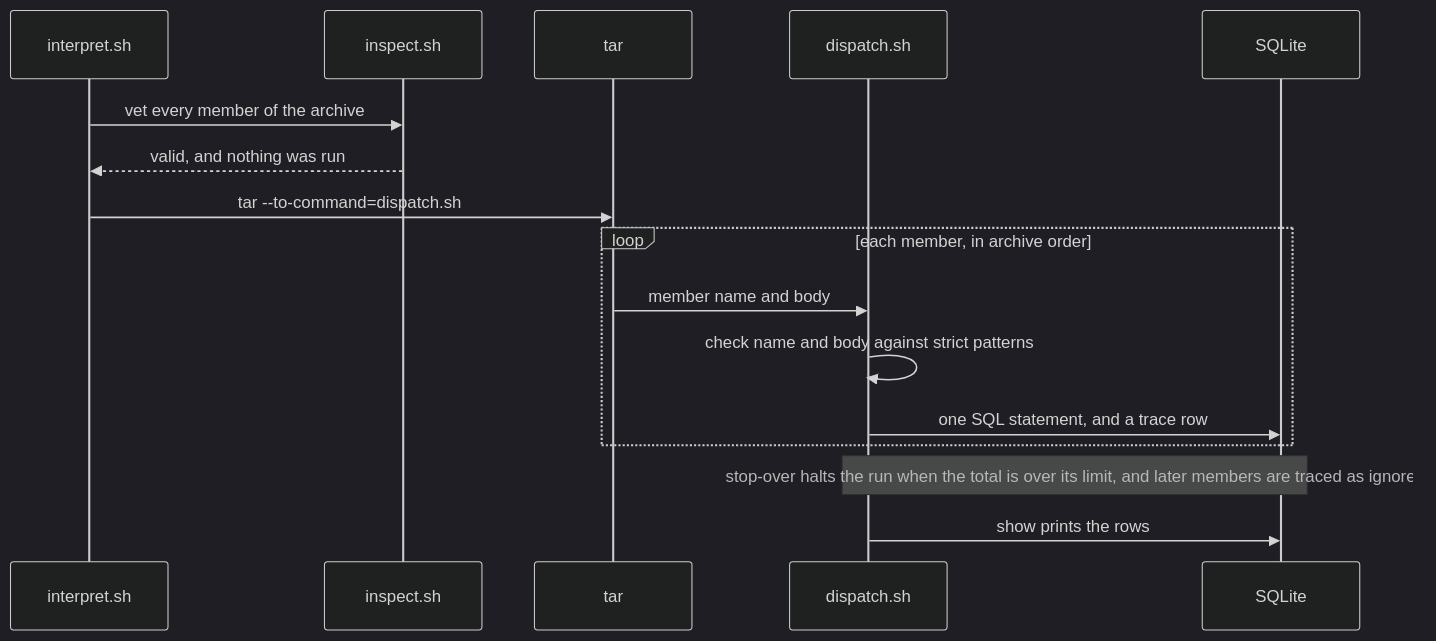
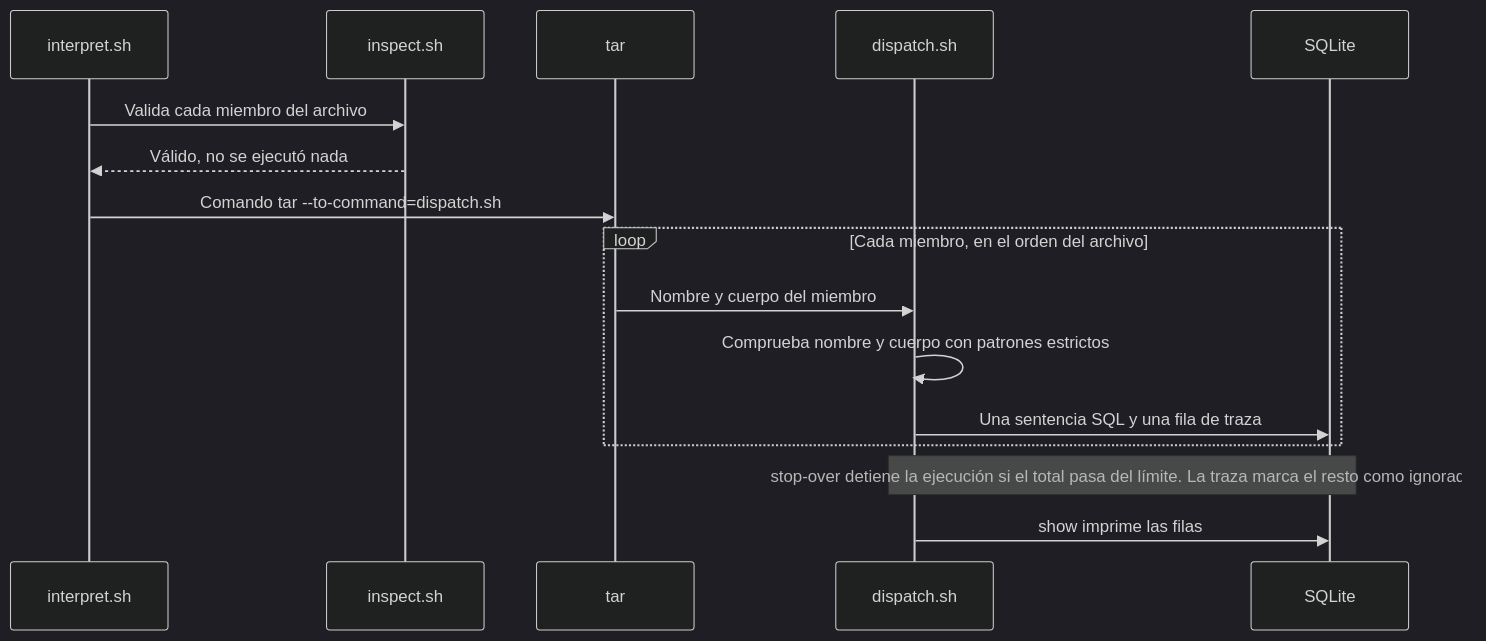
One commit to dullroar/aprende-a-programar-como-un-bicho-raro changed the diagram in src/tar-gnu/README.md. Above: the diagram before and after it, drawn with Mermaid (dark theme). The commit also changed other lines of this file and 16 other files, not shown here.

Commit message:
loop(P4-src-14): translate both GNU tar READMEs

````diff
--- a/src/tar-gnu/README.md
+++ b/src/tar-gnu/README.md
@@ -72,20 +72,20 @@
 ```mermaid
 sequenceDiagram
-    accTitle: tar-gnu: the archive is the program and a dispatcher gives its members meaning
-    accDescr: A sequence diagram. The interpreter first asks the inspector to vet the whole archive, which reads it and runs nothing. Then it starts tar with the to-command option. For each member, in archive order, tar sends the member name and body to the dispatcher. The dispatcher checks the name and the body against strict patterns, runs exactly one SQL statement for the member, and writes a row to the trace table. A stop-over member marks the run as halted when the total is over the limit, and the later members are traced as ignored. The show member prints the rows.
+    accTitle: tar-gnu: el archivo es el programa y un despachador da sentido a sus miembros
+    accDescr: Diagrama de secuencia. Primero, el intérprete pide al inspector que valide todo el archivo. El inspector lo lee sin ejecutar nada. Después, el intérprete inicia el comando tar con la opción to-command. Por cada miembro, tar envía el nombre y el cuerpo al despachador en el orden del archivo. El despachador compara el nombre y el cuerpo con patrones estrictos. Ejecuta exactamente una sentencia SQL por miembro y escribe una fila en la tabla de traza. Un miembro stop-over marca la ejecución como detenida cuando el total pasa del límite. La traza marca como ignorados los miembros posteriores. El miembro show imprime las filas.
     participant I as interpret.sh
     participant S as inspect.sh
     participant T as tar
     participant D as dispatch.sh
     participant Q as SQLite
-    I->>S: vet every member of the archive
-    S-->>I: valid, and nothing was run
-    I->>T: tar --to-command=dispatch.sh
-    loop each member, in archive order
-        T->>D: member name and body
-        D->>D: check name and body against strict patterns
-        D->>Q: one SQL statement, and a trace row
+    I->>S: Valida cada miembro del archivo
+    S-->>I: Válido, no se ejecutó nada
+    I->>T: Comando tar --to-command=dispatch.sh
+    loop Cada miembro, en el orden del archivo
+        T->>D: Nombre y cuerpo del miembro
+        D->>D: Comprueba nombre y cuerpo con patrones estrictos
+        D->>Q: Una sentencia SQL y una fila de traza
     end
-    Note over D,Q: stop-over halts the run when the total is over its limit, and later members are traced as ignored
-    D->>Q: show prints the rows
+    Note over D,Q: stop-over detiene la ejecución si el total pasa del límite. La traza marca el resto como ignorado
+    D->>Q: show imprime las filas
 ```
````
